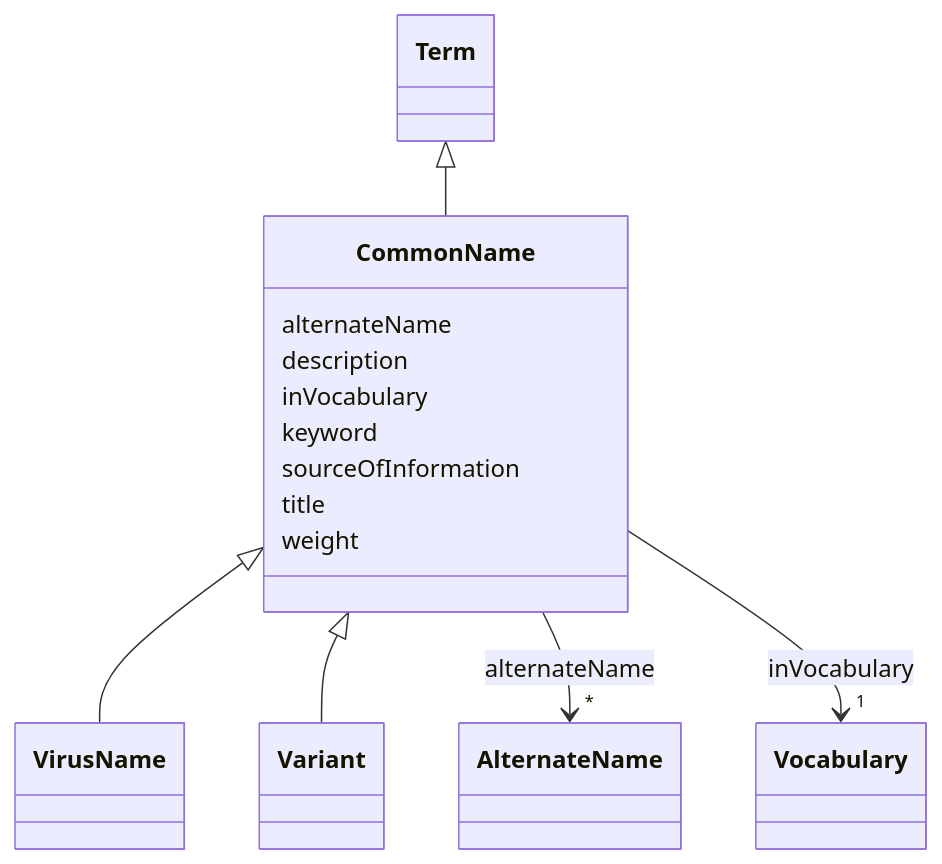
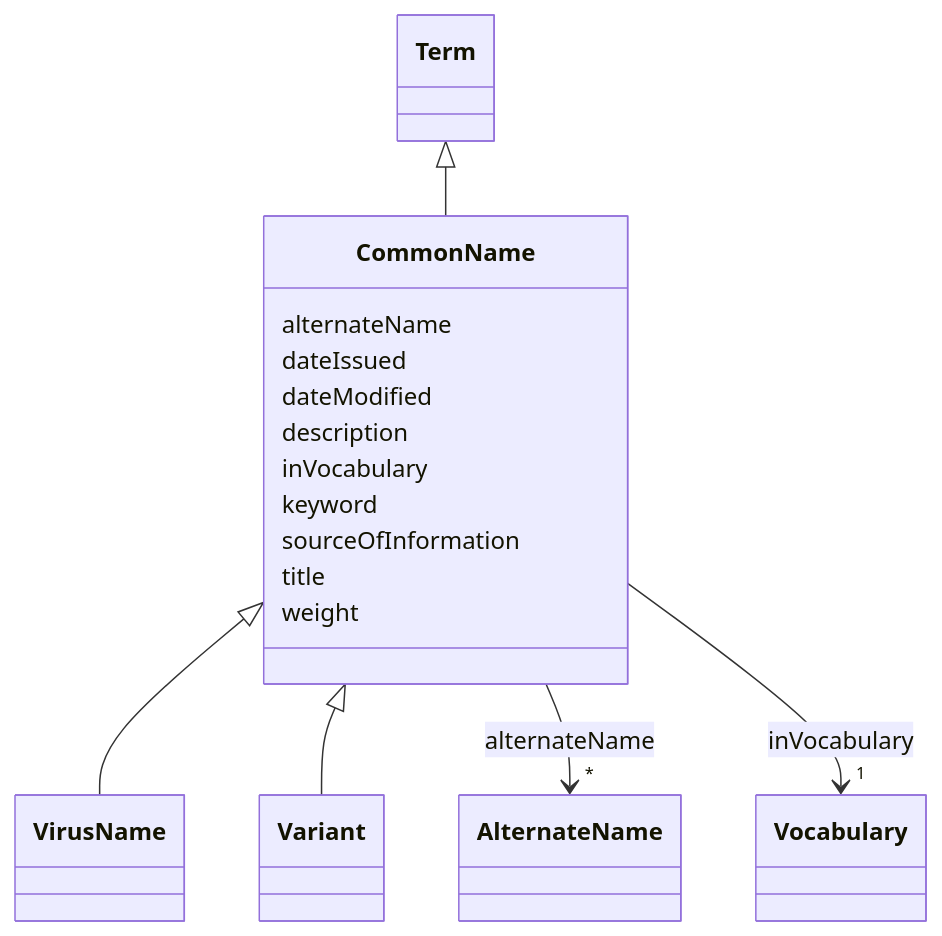
Before and after one commit to EVORA-project/evora-ontology: the diagram in models/docs/CommonName.md, drawn with Mermaid. The commit also changed other lines of this file and 377 other files, not shown here.

````diff
--- a/models/docs/CommonName.md
+++ b/models/docs/CommonName.md
@@ -19,44 +19,48 @@
 ```mermaid
  classDiagram
     class CommonName
     click CommonName href "../CommonName"
       Term <|-- CommonName
         click Term href "../Term"
       
 
       CommonName <|-- VirusName
         click VirusName href "../VirusName"
       CommonName <|-- Variant
         click Variant href "../Variant"
       
       
       CommonName : alternateName
         
           
     
     
     CommonName --> "*" AlternateName : alternateName
     click AlternateName href "../AlternateName"
 
         
+      CommonName : dateIssued
+        
+      CommonName : dateModified
+        
       CommonName : description
         
       CommonName : inVocabulary
         
           
     
     
     CommonName --> "1" Vocabulary : inVocabulary
     click Vocabulary href "../Vocabulary"
 
         
       CommonName : keyword
         
       CommonName : sourceOfInformation
         
       CommonName : title
         
       CommonName : weight
         
       
 ```
````
